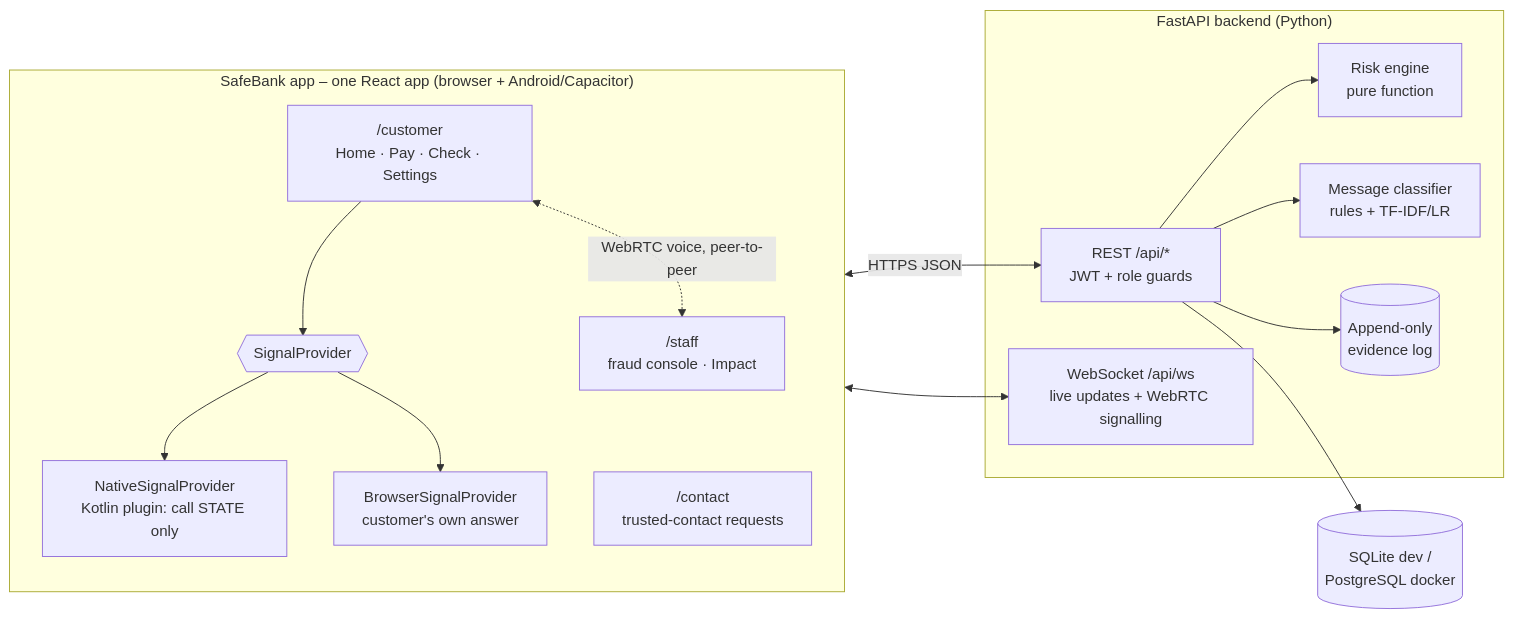
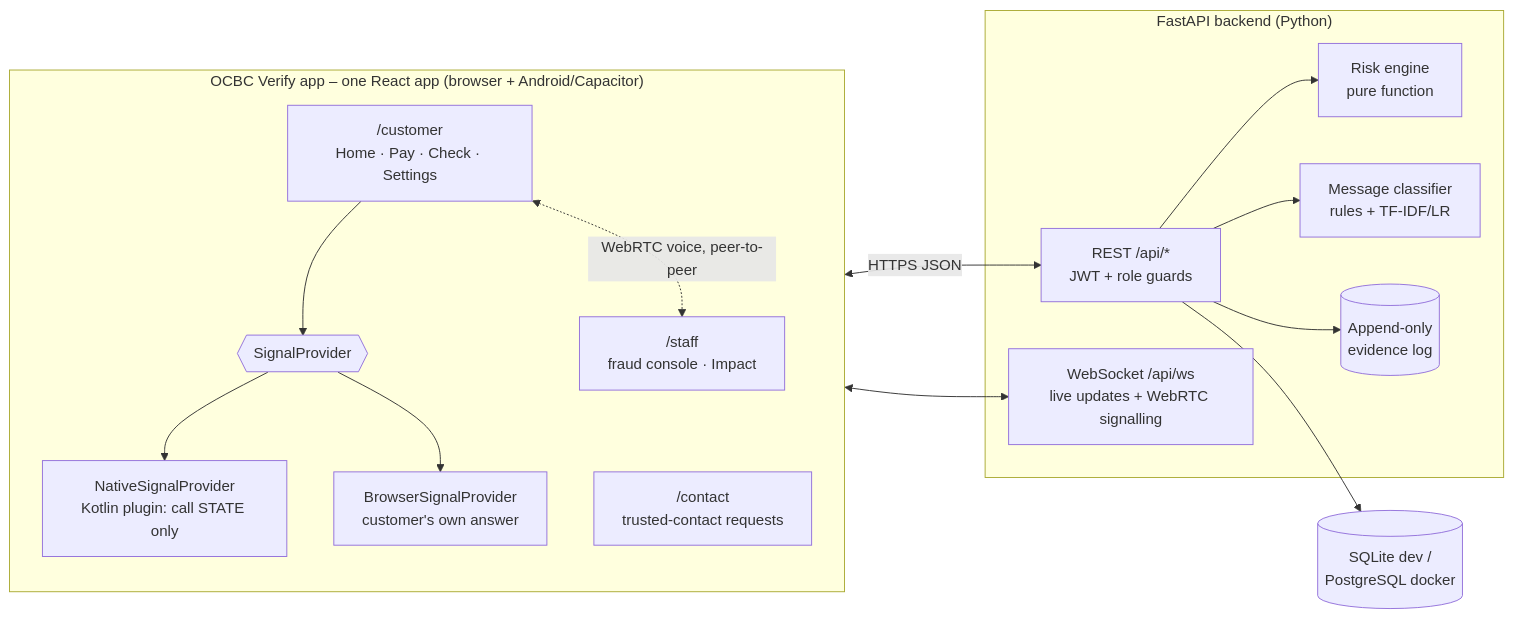
Before and after one commit to Jinyu778/ocbc-verify: the diagram in README.md, drawn with Mermaid. The commit also changed other lines of this file and 42 other files, not shown here.

First line of the commit message:
Judge fixes (app, docs): OCBC Verify name, code word UI, attach message, reported payee, trusted-contact wording, VoIP detection

````diff
--- a/README.md
+++ b/README.md
@@ -74,29 +76,29 @@
 ```mermaid
 flowchart LR
-  subgraph APP["SafeBank app – one React app (browser + Android/Capacitor)"]
+  subgraph APP["OCBC Verify app – one React app (browser + Android/Capacitor)"]
     C["/customer<br/>Home · Pay · Check · Settings"]
     T["/contact<br/>trusted-contact requests"]
     S["/staff<br/>fraud console · Impact"]
     SP{{SignalProvider}}
     NP[NativeSignalProvider<br/>Kotlin plugin: call STATE only]
     BP[BrowserSignalProvider<br/>customer's own answer]
     C --> SP
     SP --> NP
     SP --> BP
   end
   subgraph API["FastAPI backend (Python)"]
     R[REST /api/*<br/>JWT + role guards]
     WS[WebSocket /api/ws<br/>live updates + WebRTC signalling]
     RE[Risk engine<br/>pure function]
     ML[Message classifier<br/>rules + TF-IDF/LR]
     EV[(Append-only<br/>evidence log)]
   end
   DB[(SQLite dev /<br/>PostgreSQL docker)]
   APP <-->|HTTPS JSON| R
   APP <--> WS
   R --> RE
   R --> ML
   R --> EV
   R --> DB
   C <-.->|WebRTC voice, peer-to-peer| S
 ```
````
